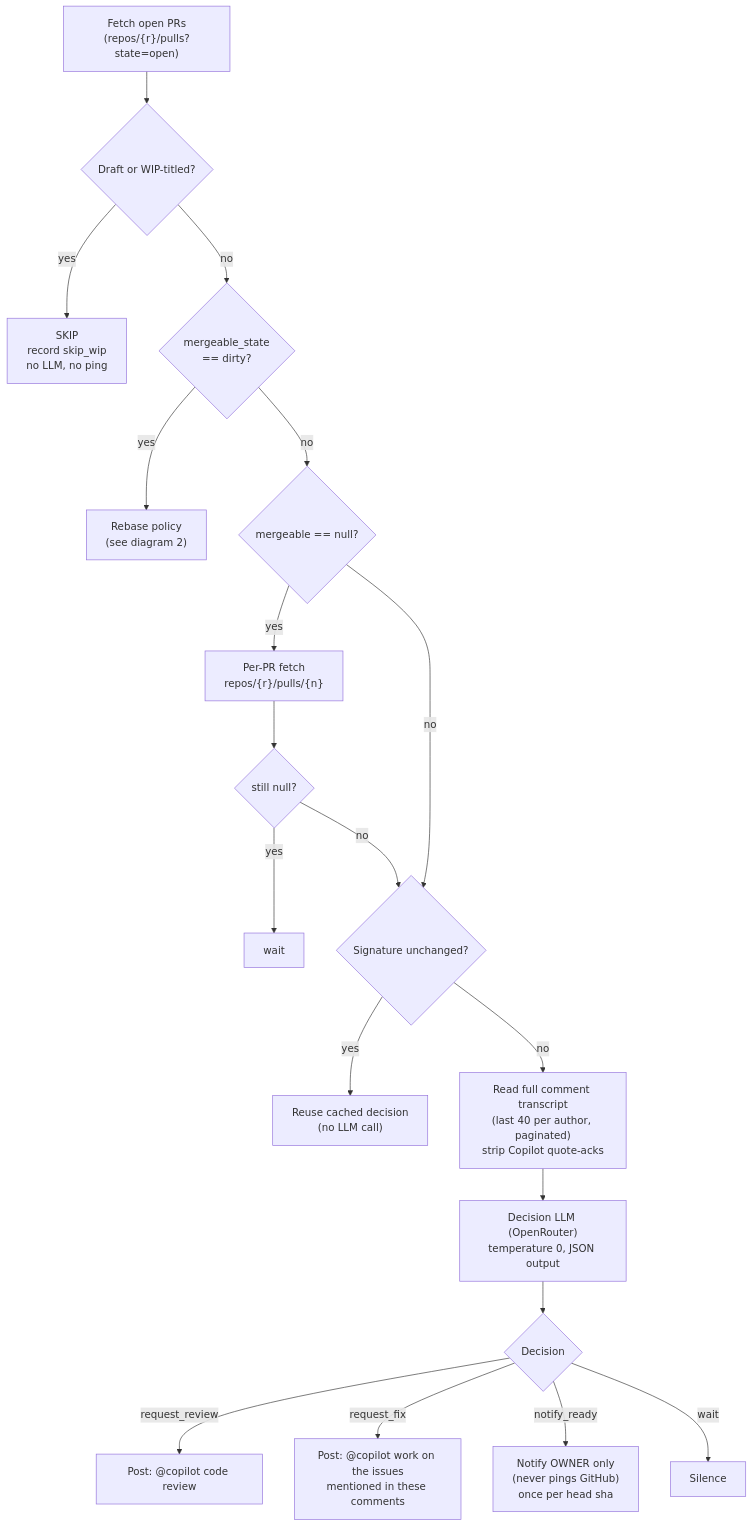
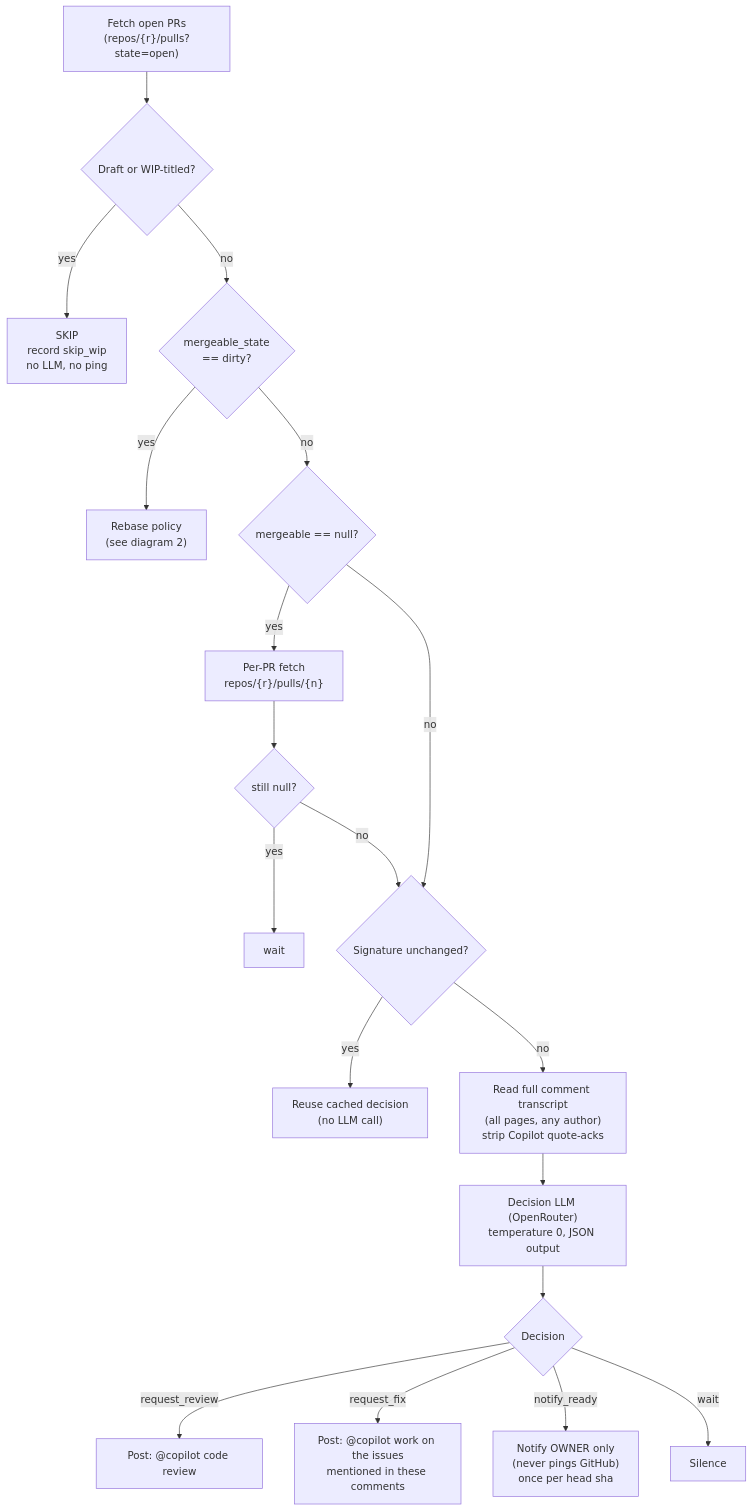
The first of 3 diagrams in skills/engineering/copilot-review-smart/README.md (dyegolara/skillbook), drawn with Mermaid before and after one commit. The commit also changed 3 other files, not shown here.

Commit message:
fix(copilot-review-smart): enforce full paginated transcript semantics

````diff
--- a/skills/engineering/copilot-review-smart/README.md
+++ b/skills/engineering/copilot-review-smart/README.md
@@ -30,21 +30,21 @@
 ```mermaid
 flowchart TD
     A["Fetch open PRs<br/>(repos/{r}/pulls?state=open)"] --> B{"Draft or WIP-titled?"}
     B -- yes --> SKIP["SKIP<br/>record skip_wip<br/>no LLM, no ping"]
     B -- no --> C{"mergeable_state<br/>== dirty?"}
     C -- yes --> REBASE["Rebase policy<br/>(see diagram 2)"]
     C -- no --> D{"mergeable == null?"}
     D -- yes --> D2["Per-PR fetch<br/>repos/{r}/pulls/{n}"]
     D2 --> D3{"still null?"}
     D3 -- yes --> WAIT1["wait"]
     D3 -- no --> E
     D -- no --> E{"Signature unchanged?"}
     E -- yes --> CACHED["Reuse cached decision<br/>(no LLM call)"]
-    E -- no --> F["Read full comment transcript<br/>(last 40 per author, paginated)<br/>strip Copilot quote-acks"]
+    E -- no --> F["Read full comment transcript<br/>(all pages, any author)<br/>strip Copilot quote-acks"]
     F --> G["Decision LLM (OpenRouter)<br/>temperature 0, JSON output"]
     G --> H{"Decision"}
     H -- request_review --> R1["Post: @copilot code review"]
     H -- request_fix --> R2["Post: @copilot work on the issues<br/>mentioned in these comments"]
     H -- notify_ready --> R3["Notify OWNER only<br/>(never pings GitHub)<br/>once per head sha"]
     H -- wait --> R4["Silence"]
 ```
````
